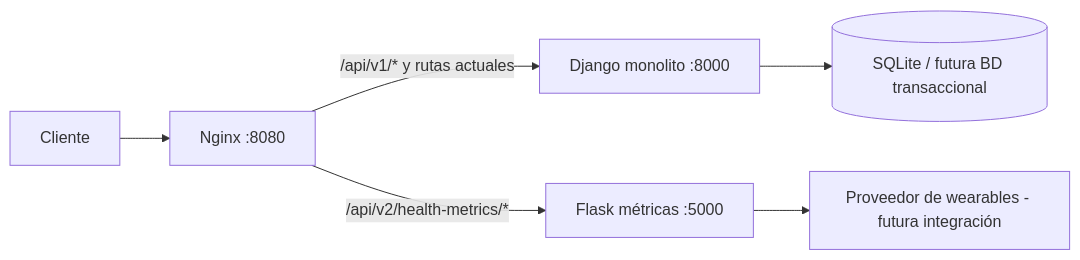
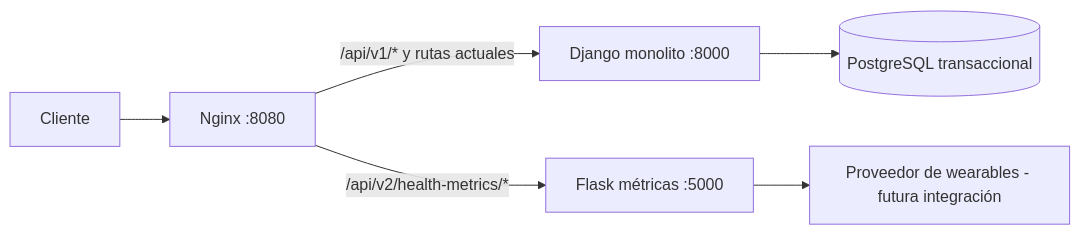
Before and after one commit to Luismi0620/GearPulse: the diagram in docs/Migracion-a-Microservicios-Strangler-Pattern.md, drawn with Mermaid. The commit also changed other lines of this file and 5 other files, not shown here.

````diff
--- a/docs/Migracion-a-Microservicios-Strangler-Pattern.md
+++ b/docs/Migracion-a-Microservicios-Strangler-Pattern.md
@@ -30,8 +30,8 @@
 ```mermaid
 flowchart LR
     C[Cliente] --> N[Nginx :8080]
     N -->|/api/v1/* y rutas actuales| D[Django monolito :8000]
     N -->|/api/v2/health-metrics/*| F[Flask métricas :5000]
-    D --> DB[(SQLite / futura BD transaccional)]
+    D --> DB[(PostgreSQL transaccional)]
     F --> W[Proveedor de wearables - futura integración]
 ```
````
